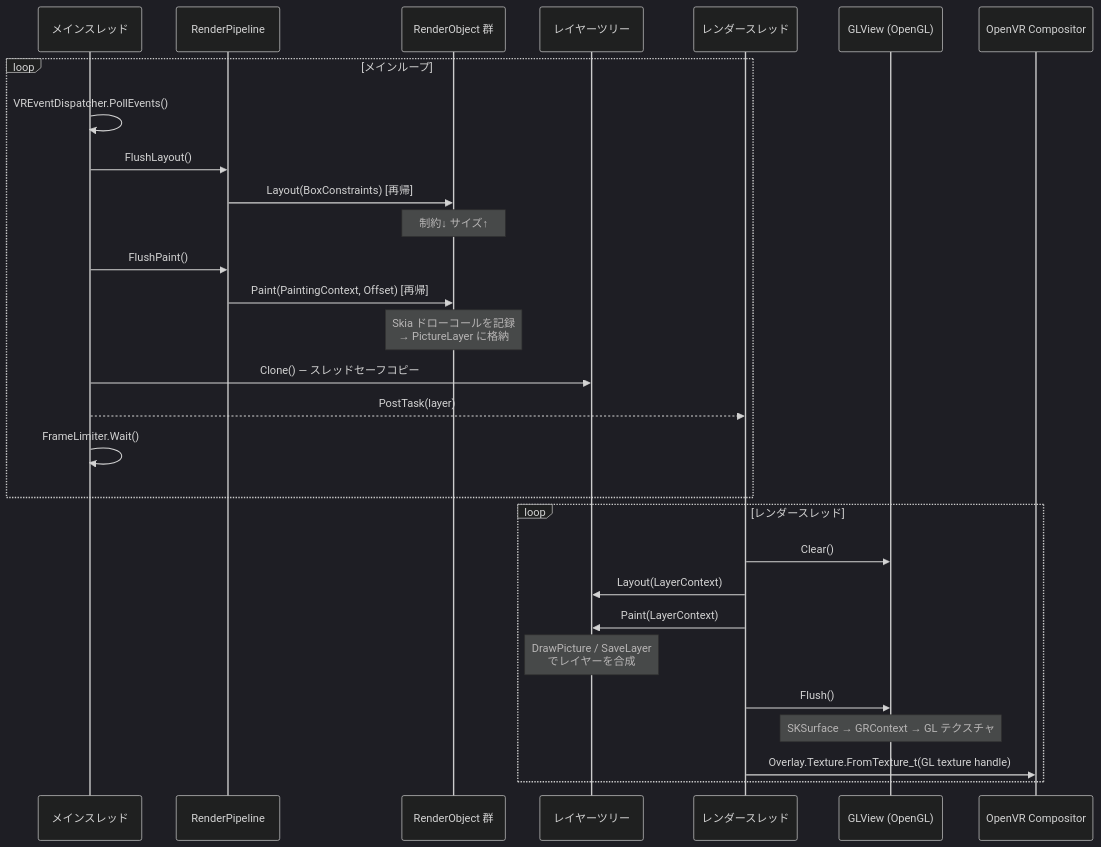
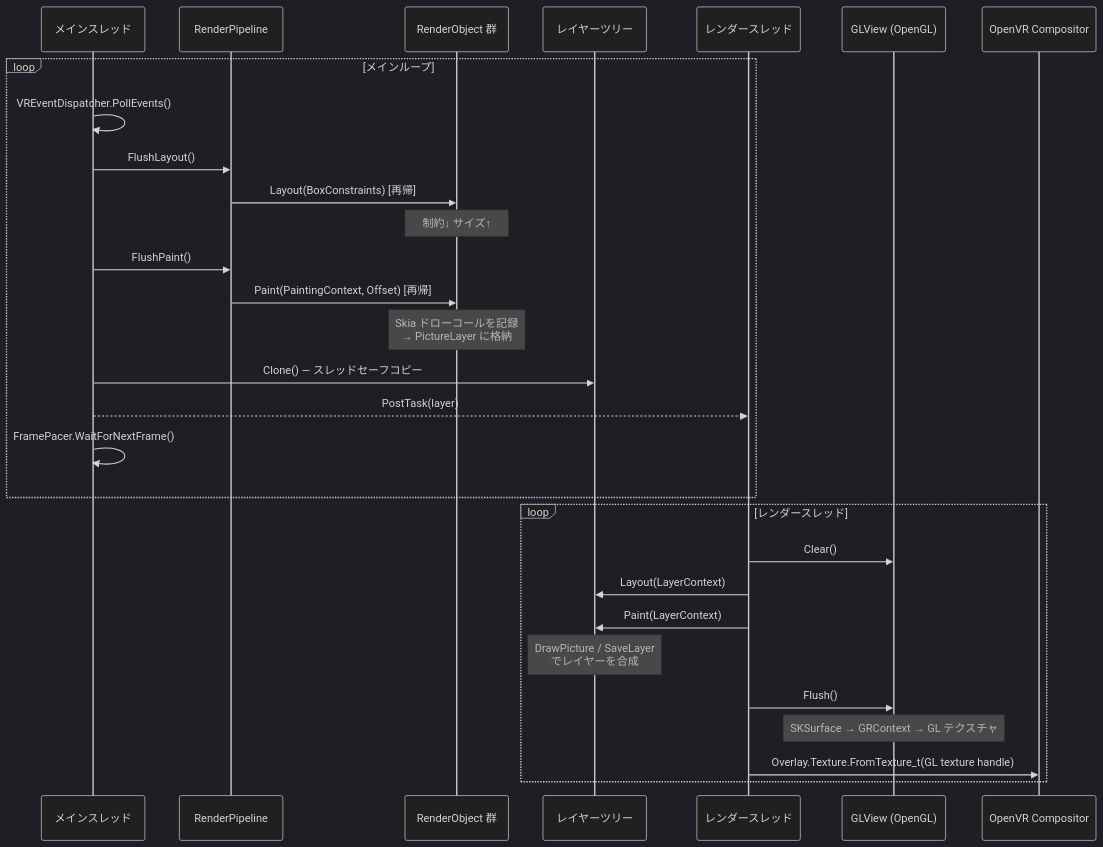
One commit to sumx21t-3310/FloatSoda changed the diagram in README.md. Above: the diagram before and after it, drawn with Mermaid (dark theme). The commit also changed 108 other files, not shown here.

````diff
--- a/README.md
+++ b/README.md
@@ -85,33 +85,33 @@
 ```mermaid
 sequenceDiagram
     participant Main as メインスレッド
     participant Pipeline as RenderPipeline
     participant RO as RenderObject 群
     participant Layer as レイヤーツリー
     participant RT as レンダースレッド
     participant GL as GLView (OpenGL)
     participant VR as OpenVR Compositor
 
     loop メインループ
         Main->>Main: VREventDispatcher.PollEvents()
         Main->>Pipeline: FlushLayout()
         Pipeline->>RO: Layout(BoxConstraints) [再帰]
         Note over RO: 制約↓ サイズ↑
         Main->>Pipeline: FlushPaint()
         Pipeline->>RO: Paint(PaintingContext, Offset) [再帰]
         Note over RO: Skia ドローコールを記録<br/>→ PictureLayer に格納
         Main->>Layer: Clone() — スレッドセーフコピー
         Main-->>RT: PostTask(layer)
-        Main->>Main: FrameLimiter.Wait()
+        Main->>Main: FramePacer.WaitForNextFrame()
     end
 
     loop レンダースレッド
         RT->>GL: Clear()
         RT->>Layer: Layout(LayerContext)
         RT->>Layer: Paint(LayerContext)
         Note over Layer: DrawPicture / SaveLayer<br/>でレイヤーを合成
         RT->>GL: Flush()
         Note over GL: SKSurface → GRContext → GL テクスチャ
         RT->>VR: Overlay.Texture.FromTexture_t(GL texture handle)
     end
 ```
````
